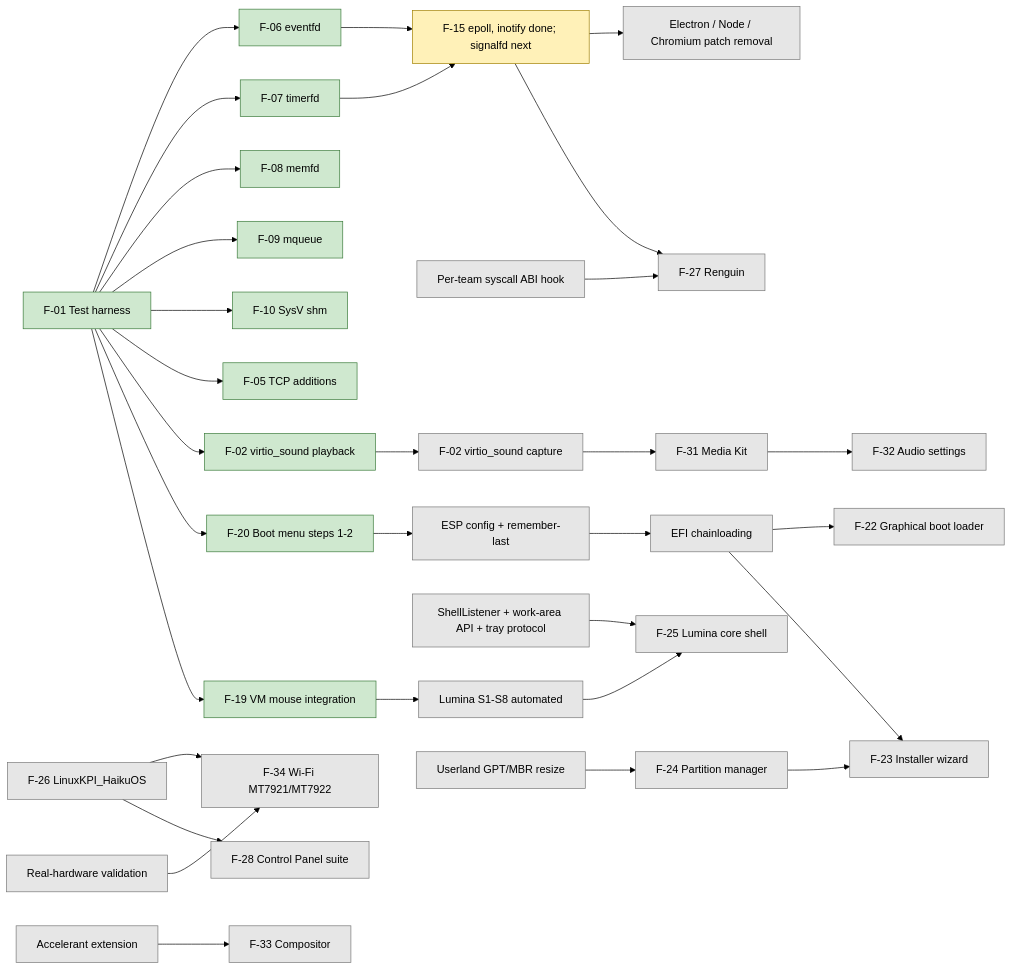
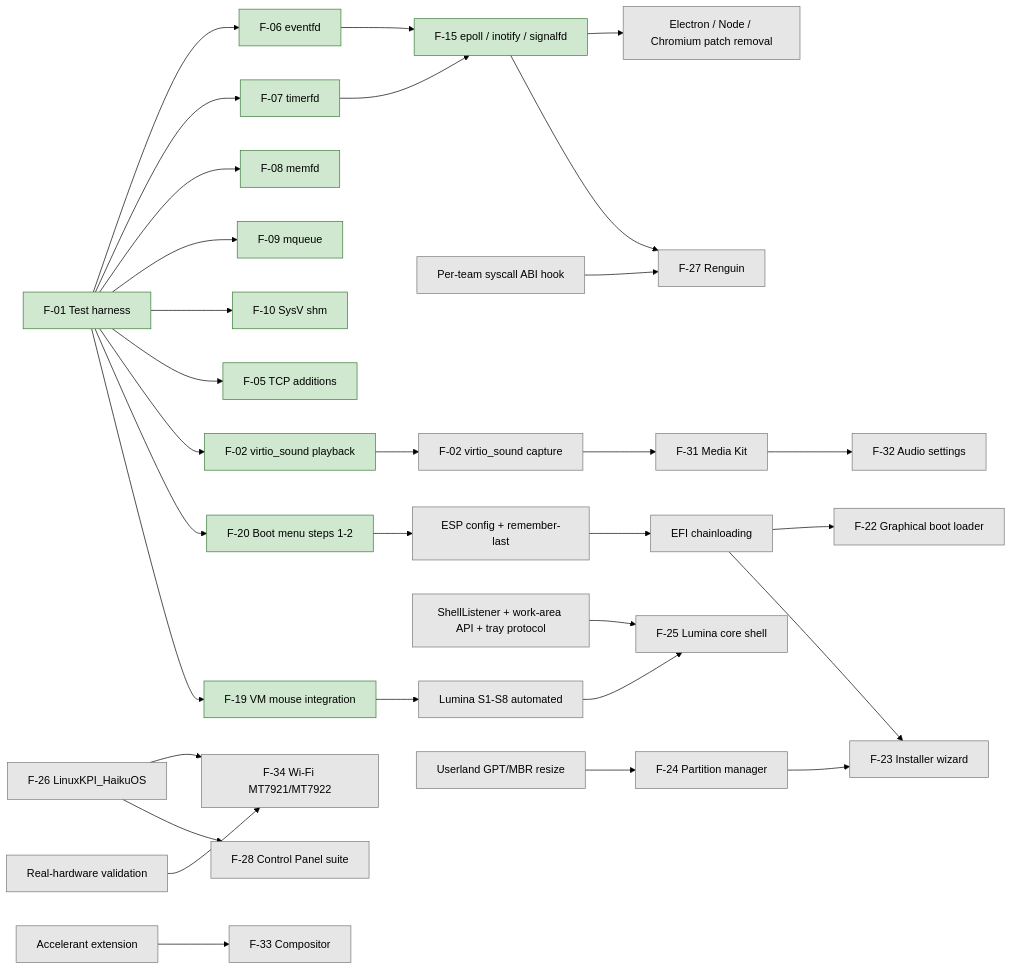
The diagram in RENGA_MASTER_ROADMAP.md (Techniix/haiku), drawn with Mermaid (forest theme) before and after one commit. The commit also changed other lines of this file, not shown here.

First line of the commit message:
RENGA_MASTER_ROADMAP.md: F-15 complete, signalfd is QEMU Tested

````diff
--- a/RENGA_MASTER_ROADMAP.md
+++ b/RENGA_MASTER_ROADMAP.md
@@ -1417,56 +1416,56 @@
 ```mermaid
 graph LR
   classDef done fill:#cfe8cf,stroke:#3a7a3a,color:#000;
   classDef dev fill:#fff1b8,stroke:#a08000,color:#000;
   classDef todo fill:#e6e6e6,stroke:#777,color:#000;
 
   H[F-01 Test harness]:::done
   EFD[F-06 eventfd]:::done
   TFD[F-07 timerfd]:::done
   MFD[F-08 memfd]:::done
   MQ[F-09 mqueue]:::done
   SHM[F-10 SysV shm]:::done
   TCP[F-05 TCP additions]:::done
   VSND[F-02 virtio_sound playback]:::done
   MOUSE[F-19 VM mouse integration]:::done
-  EPOLL[F-15 epoll, inotify done; signalfd next]:::dev
+  EPOLL[F-15 epoll / inotify / signalfd]:::done
   ABI[Per-team syscall ABI hook]:::todo
   REN[F-27 Renguin]:::todo
   ELEC[Electron / Node / Chromium patch removal]:::todo
   CAP[F-02 virtio_sound capture]:::todo
   MEDIA[F-31 Media Kit]:::todo
   AUD[F-32 Audio settings]:::todo
   S18[Lumina S1-S8 automated]:::todo
   LUM[F-25 Lumina core shell]:::todo
   SHELL[ShellListener + work-area API + tray protocol]:::todo
   BOOT[F-20 Boot menu steps 1-2]:::done
   ESP[ESP config + remember-last]:::todo
   CHAIN[EFI chainloading]:::todo
   GBOOT[F-22 Graphical boot loader]:::todo
   RESIZE[Userland GPT/MBR resize]:::todo
   PART[F-24 Partition manager]:::todo
   INST[F-23 Installer wizard]:::todo
   KPI[F-26 LinuxKPI_HaikuOS]:::todo
   WIFI[F-34 Wi-Fi MT7921/MT7922]:::todo
   CP[F-28 Control Panel suite]:::todo
   ACC[Accelerant extension]:::todo
   COMP[F-33 Compositor]:::todo
   HW[Real-hardware validation]:::todo
 
   H --> EFD & TFD & MFD & MQ & SHM & TCP & VSND & BOOT & MOUSE
   EFD --> EPOLL
   TFD --> EPOLL
   EPOLL --> ELEC
   EPOLL --> REN
   ABI --> REN
   VSND --> CAP --> MEDIA --> AUD
   MOUSE --> S18 --> LUM
   SHELL --> LUM
   BOOT --> ESP --> CHAIN --> GBOOT
   CHAIN --> INST
   RESIZE --> PART --> INST
   KPI --> WIFI
   KPI --> CP
   ACC --> COMP
   HW --> WIFI
 ```
````
